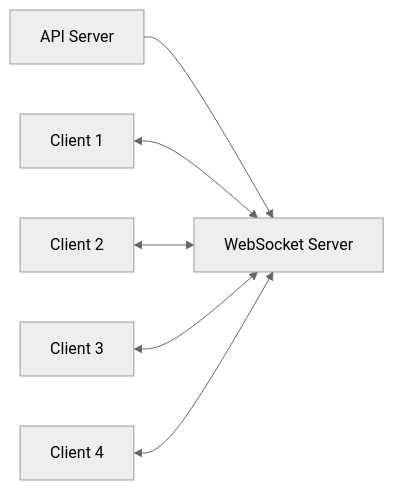
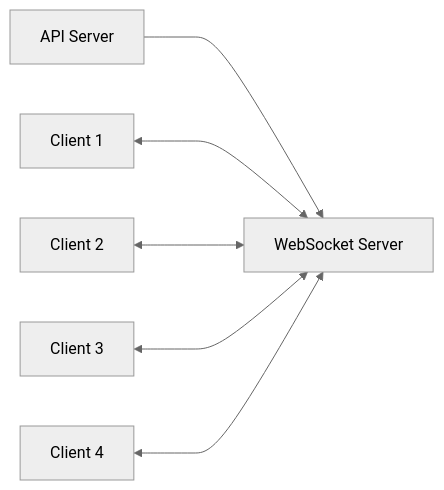
The first of 5 diagrams in articles/18812fe56bf0c1.md (lirlia/zenn), drawn with Mermaid (neutral theme) before and after one commit. The commit also changed other lines of this file, not shown here.

Commit message:
記事タイトルと内容を更新し、WebSocketを活用したリアルタイムメッセージ配信基盤の構築に関する情報を整理しました。具体的には、アーキテクチャの選択肢やメッセージ配信の品質保証について詳述し、マネージドWebSocketサービスの選択肢も追加しました。

````diff
--- a/articles/18812fe56bf0c1.md
+++ b/articles/18812fe56bf0c1.md
@@ -77,8 +77,8 @@
 ```mermaid
 graph LR
-    API[API Server] --> WS[WebSocket Server]
-    C1[Client 1] <--> WS
-    C2[Client 2] <--> WS
-    C3[Client 3] <--> WS
-    C4[Client 4] <--> WS
+    API[API Server] ---> WS[WebSocket Server]
+    C1[Client 1] <---> WS
+    C2[Client 2] <---> WS
+    C3[Client 3] <---> WS
+    C4[Client 4] <---> WS
 ```
````
